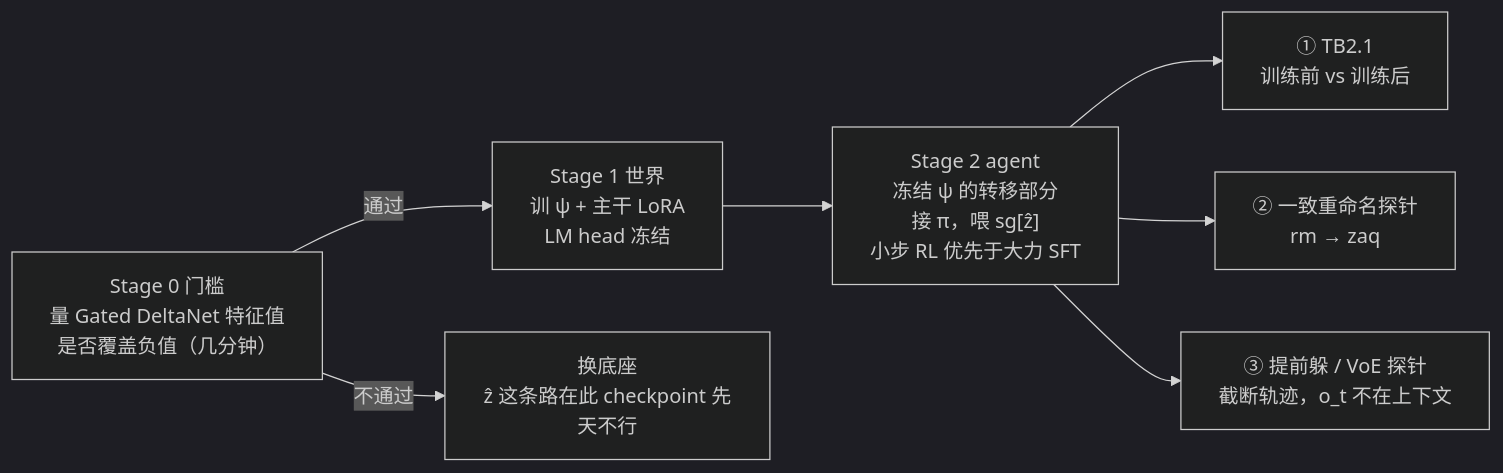
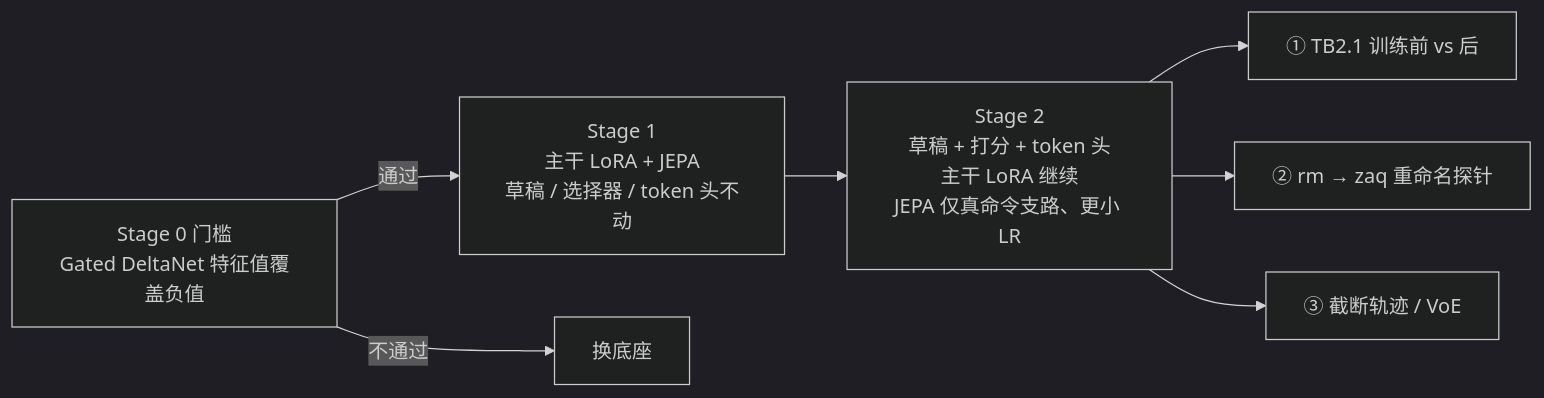
Before and after one commit to MegaGimen/BIV: the second of 2 diagrams in AGENTS.md, drawn with Mermaid (dark theme). The commit also changed other lines of this file, not shown here.

First line of the commit message:
Record JEPA K-draft argmax architecture in AGENTS.md.

````diff
--- a/AGENTS.md
+++ b/AGENTS.md
@@ -195,13 +207,13 @@
 ```mermaid
 flowchart LR
-    S0["Stage 0 门槛<br/>量 Gated DeltaNet 特征值<br/>是否覆盖负值（几分钟）"]
+    S0["Stage 0 门槛<br/>Gated DeltaNet 特征值覆盖负值"]
     S0 -->|"通过"| S1
-    S0 -->|"不通过"| STOP["换底座<br/>ẑ 这条路在此 checkpoint 先天不行"]
+    S0 -->|"不通过"| STOP["换底座"]
 
-    S1["Stage 1 世界<br/>训 ψ + 主干 LoRA<br/>LM head 冻结"]
-    S1 --> S2["Stage 2 agent<br/>冻结 ψ 的转移部分<br/>接 π，喂 sg[ẑ]<br/>小步 RL 优先于大力 SFT"]
+    S1["Stage 1<br/>主干 LoRA + JEPA<br/>草稿 / 选择器 / token 头不动"]
+    S1 --> S2["Stage 2<br/>草稿 + 打分 + token 头<br/>主干 LoRA 继续<br/>JEPA 仅真命令支路、更小 LR"]
 
-    S2 --> E1["① TB2.1<br/>训练前 vs 训练后"]
-    S2 --> E2["② 一致重命名探针<br/>rm → zaq"]
-    S2 --> E3["③ 提前躲 / VoE 探针<br/>截断轨迹，o_t 不在上下文"]
+    S2 --> E1["① TB2.1 训练前 vs 后"]
+    S2 --> E2["② rm → zaq 重命名探针"]
+    S2 --> E3["③ 截断轨迹 / VoE"]
 ```
````
